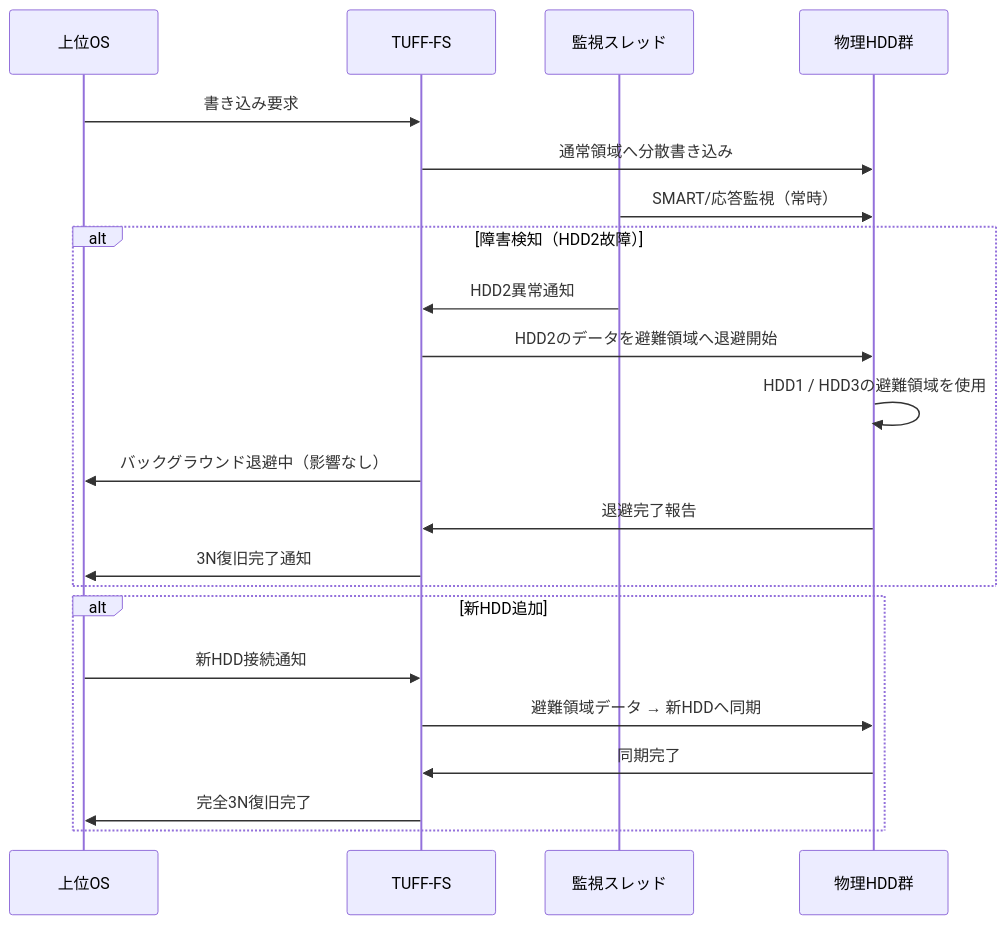
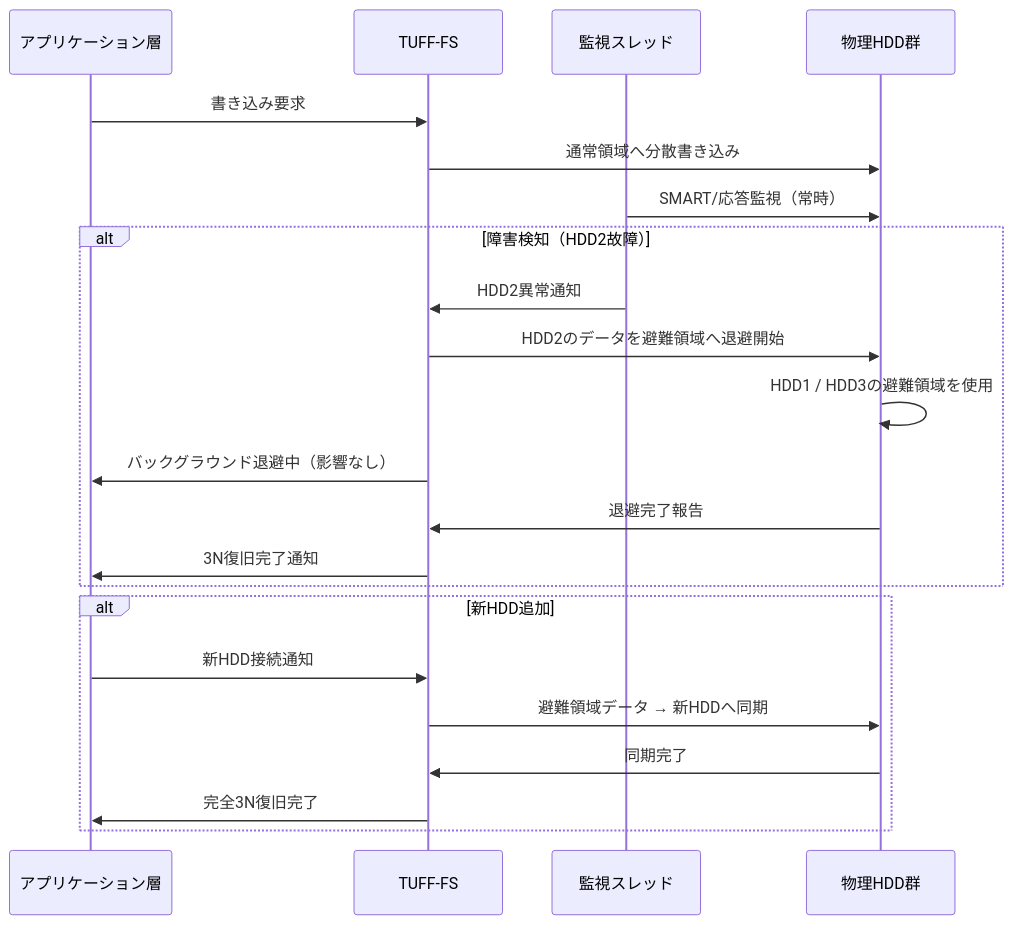
Before and after one commit to elementary-particles-Man/TUFF-OS-ISO: the third of 3 diagrams in マニュアル/TUFF-FS の避難領域（Emergency Area）.md, drawn with Mermaid. The commit also changed other lines of this file and 41 other files, not shown here.

Commit message:
DOCS: Comprehensive overhaul of manuals to reflect Pure Rust Bare-metal Sovereign Core and ZRAM architecture.

`````diff
--- a/マニュアル/TUFF-FS の避難領域（Emergency Area）.md
+++ b/マニュアル/TUFF-FS の避難領域（Emergency Area）.md
@@ -85,27 +85,27 @@
 ```mermaid
 sequenceDiagram
-    participant User as 上位OS
+    participant User as アプリケーション層
     participant FS as TUFF-FS
     participant Monitor as 監視スレッド
     participant Disk as 物理HDD群
 
     User->>FS: 書き込み要求
     FS->>Disk: 通常領域へ分散書き込み
     Monitor->>Disk: SMART/応答監視（常時）
 
     alt 障害検知（HDD2故障）
         Monitor->>FS: HDD2異常通知
         FS->>Disk: HDD2のデータを避難領域へ退避開始
         Disk->>Disk: HDD1 / HDD3の避難領域を使用
         FS->>User: バックグラウンド退避中（影響なし）
         Disk->>FS: 退避完了報告
         FS->>User: 3N復旧完了通知
     end
 
     alt 新HDD追加
         User->>FS: 新HDD接続通知
         FS->>Disk: 避難領域データ → 新HDDへ同期
         Disk->>FS: 同期完了
         FS->>User: 完全3N復旧完了
     end
 ````
`````
